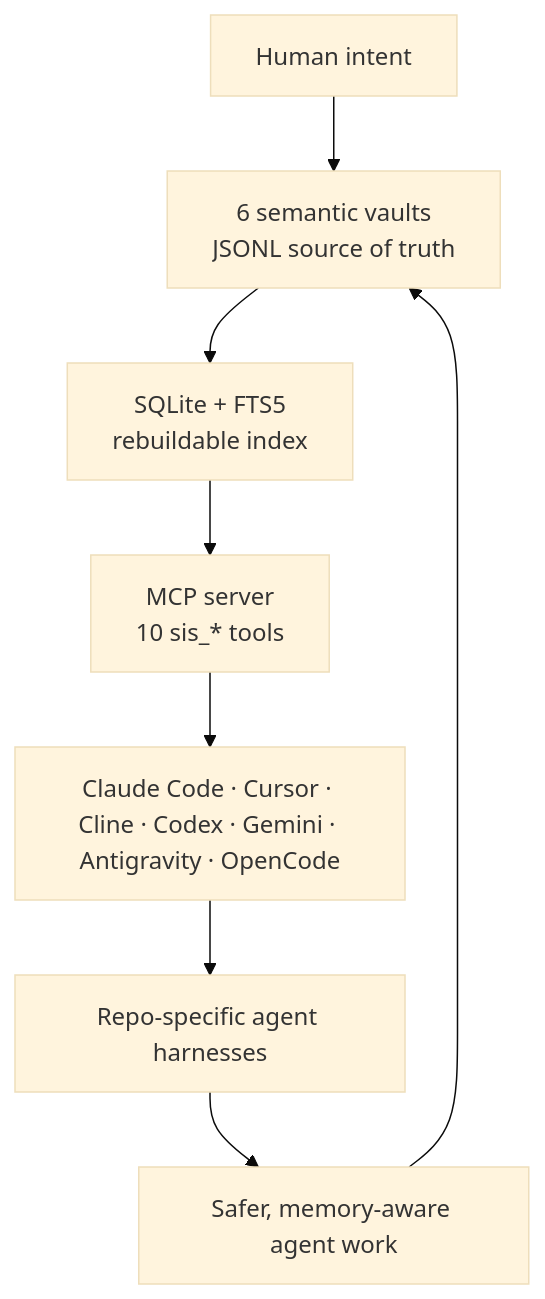
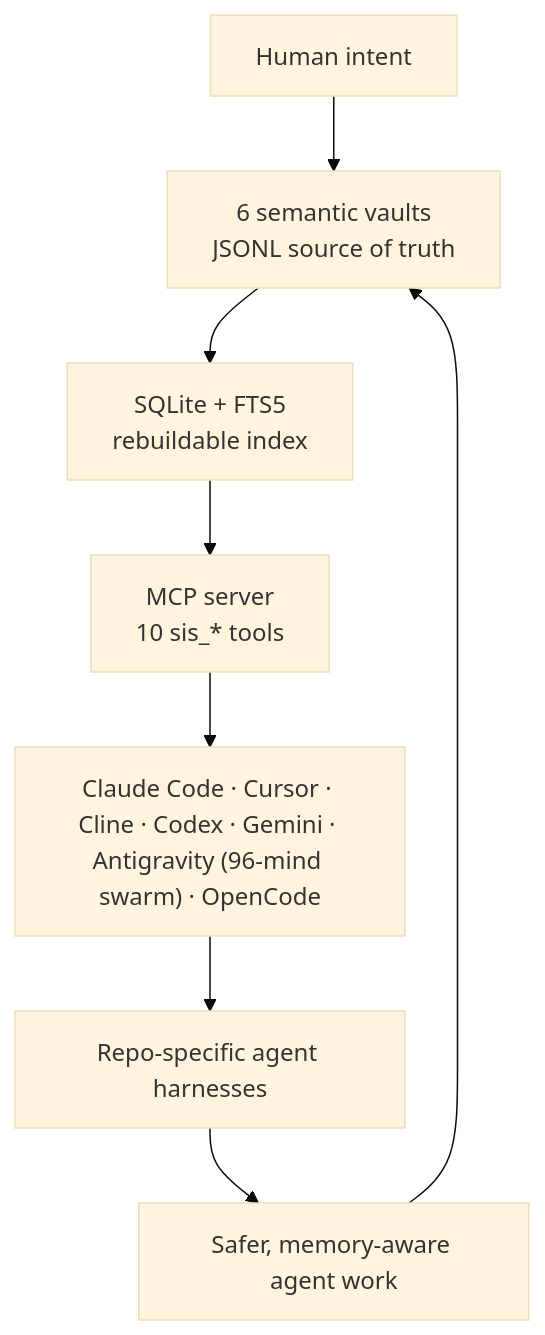
One commit to frankxai/Starlight-Intelligence-System changed the diagram in README.md. Above: the diagram before and after it, drawn with Mermaid (base theme). The commit also changed other lines of this file and 13 other files, not shown here.

````diff
--- a/README.md
+++ b/README.md
@@ -37,18 +37,18 @@
 ```mermaid
 flowchart TB
   Human["Human intent"]
   Vaults["6 semantic vaults<br/>JSONL source of truth"]
   Index["SQLite + FTS5<br/>rebuildable index"]
   MCP["MCP server<br/>10 sis_* tools"]
-  Adapters["Claude Code · Cursor · Cline · Codex · Gemini · Antigravity · OpenCode"]
+  Adapters["Claude Code · Cursor · Cline · Codex · Gemini · Antigravity (96-mind swarm) · OpenCode"]
   Repos["Repo-specific agent harnesses"]
   Output["Safer, memory-aware agent work"]
 
   Human --> Vaults
   Vaults --> Index
   Index --> MCP
   MCP --> Adapters
   Adapters --> Repos
   Repos --> Output
   Output --> Vaults
 ```
````
